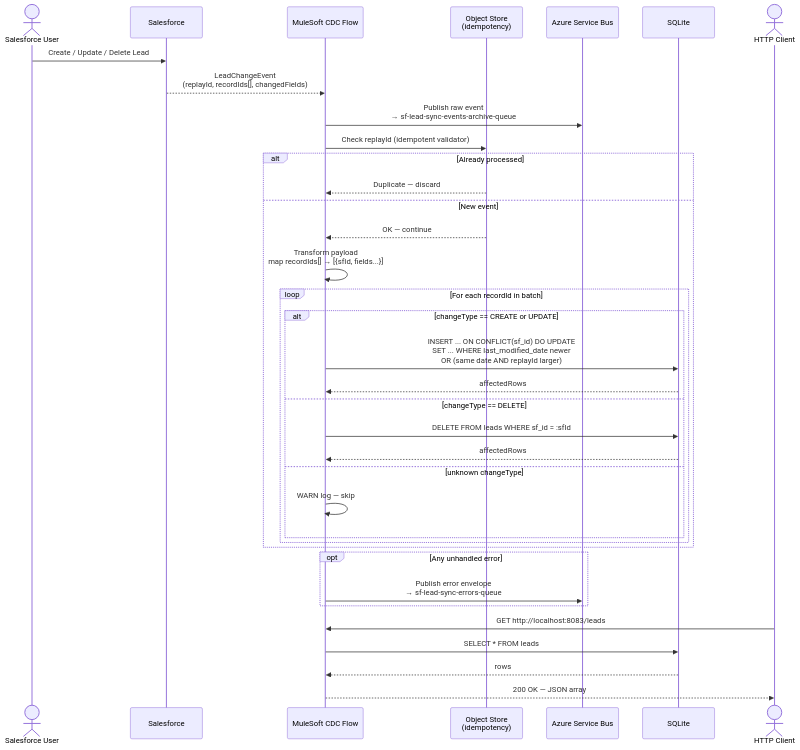
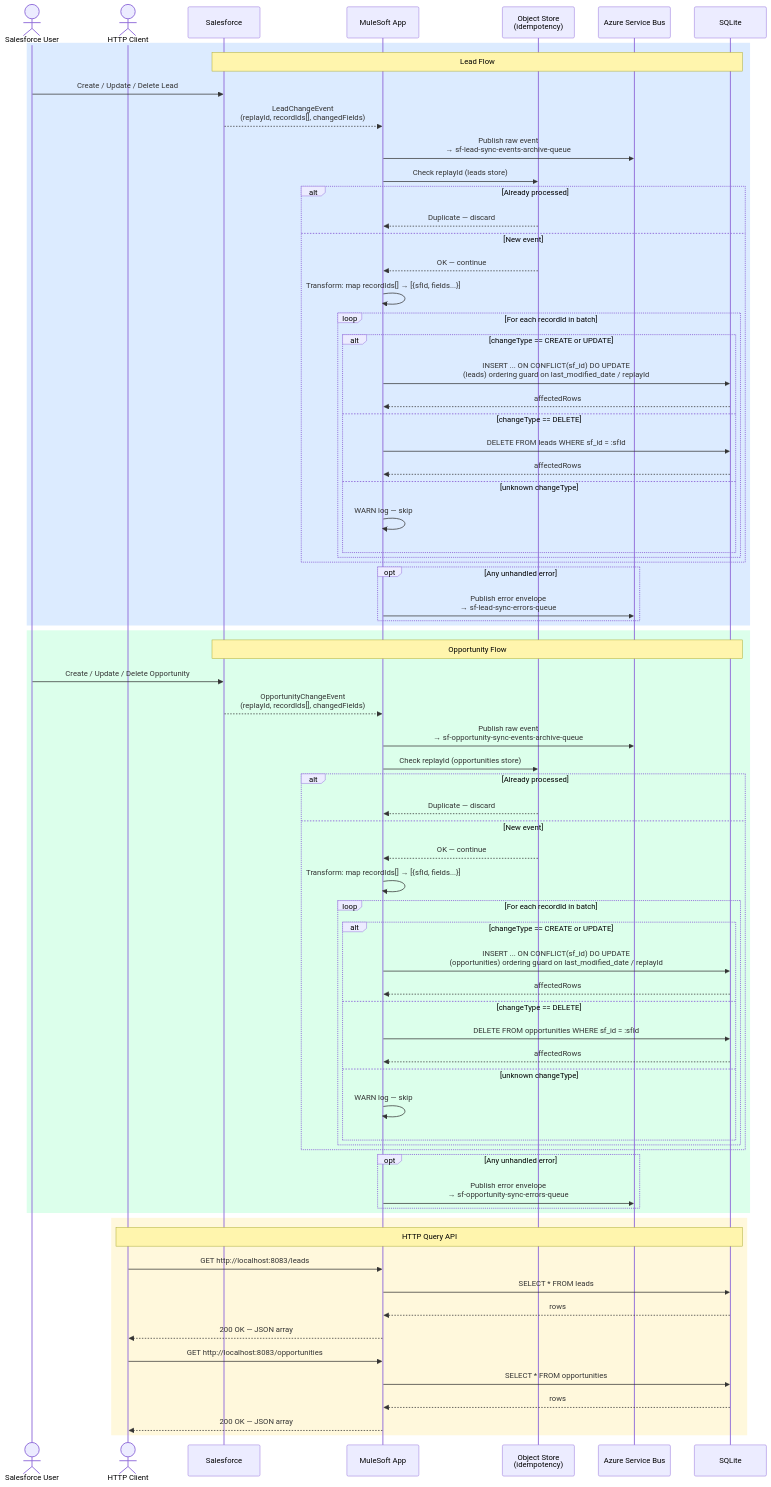
The diagram in exchange-docs/home.md (Jefferson1919/salesforce-cdc-opportunity-lead-poc), drawn with Mermaid before and after one commit. The commit also changed 1 other file, not shown here.

Commit message:
docs: expand sequence diagram to cover Opportunity CDC flow
Add Opportunity Flow section alongside Lead Flow, with dedicated rect
blocks for visual separation. Includes archive → idempotency check →
transform → foreach (upsert/delete/warn) → error queue steps mirroring
the Lead flow. Also adds HTTP Query API section showing both GET /leads
and GET /opportunities endpoints.

````diff
--- a/exchange-docs/home.md
+++ b/exchange-docs/home.md
@@ -64,46 +64,79 @@
 ```mermaid
 sequenceDiagram
-    actor User as Salesforce User
+    actor SFUser as Salesforce User
+    actor Client as HTTP Client
     participant SF  as Salesforce
-    participant ML  as MuleSoft CDC Flow
+    participant ML  as MuleSoft App
     participant OS  as Object Store<br/>(idempotency)
     participant ASB as Azure Service Bus
     participant DB  as SQLite
 
-    User->>SF: Create / Update / Delete Lead
-
-    SF-->>ML: LeadChangeEvent<br/>(replayId, recordIds[], changedFields)
-
-    ML->>ASB: Publish raw event<br/>→ sf-lead-sync-events-archive-queue
-
-    ML->>OS: Check replayId (idempotent validator)
-    alt Already processed
-        OS-->>ML: Duplicate — discard
-    else New event
-        OS-->>ML: OK — continue
-
-        ML->>ML: Transform payload<br/>map recordIds[] → [{sfId, fields...}]
-
-        loop For each recordId in batch
-            alt changeType == CREATE or UPDATE
-                ML->>DB: INSERT ... ON CONFLICT(sf_id) DO UPDATE<br/>SET ... WHERE last_modified_date newer<br/>OR (same date AND replayId larger)
-                DB-->>ML: affectedRows
-            else changeType == DELETE
-                ML->>DB: DELETE FROM leads WHERE sf_id = :sfId
-                DB-->>ML: affectedRows
-            else unknown changeType
-                ML->>ML: WARN log — skip
+    rect rgb(220, 235, 255)
+        Note over SF,DB: Lead Flow
+        SFUser->>SF: Create / Update / Delete Lead
+        SF-->>ML: LeadChangeEvent<br/>(replayId, recordIds[], changedFields)
+        ML->>ASB: Publish raw event<br/>→ sf-lead-sync-events-archive-queue
+        ML->>OS: Check replayId (leads store)
+        alt Already processed
+            OS-->>ML: Duplicate — discard
+        else New event
+            OS-->>ML: OK — continue
+            ML->>ML: Transform: map recordIds[] → [{sfId, fields...}]
+            loop For each recordId in batch
+                alt changeType == CREATE or UPDATE
+                    ML->>DB: INSERT ... ON CONFLICT(sf_id) DO UPDATE<br/>(leads) ordering guard on last_modified_date / replayId
+                    DB-->>ML: affectedRows
+                else changeType == DELETE
+                    ML->>DB: DELETE FROM leads WHERE sf_id = :sfId
+                    DB-->>ML: affectedRows
+                else unknown changeType
+                    ML->>ML: WARN log — skip
+                end
             end
+        end
+        opt Any unhandled error
+            ML->>ASB: Publish error envelope<br/>→ sf-lead-sync-errors-queue
         end
     end
 
-    opt Any unhandled error
-        ML->>ASB: Publish error envelope<br/>→ sf-lead-sync-errors-queue
+    rect rgb(220, 255, 235)
+        Note over SF,DB: Opportunity Flow
+        SFUser->>SF: Create / Update / Delete Opportunity
+        SF-->>ML: OpportunityChangeEvent<br/>(replayId, recordIds[], changedFields)
+        ML->>ASB: Publish raw event<br/>→ sf-opportunity-sync-events-archive-queue
+        ML->>OS: Check replayId (opportunities store)
+        alt Already processed
+            OS-->>ML: Duplicate — discard
+        else New event
+            OS-->>ML: OK — continue
+            ML->>ML: Transform: map recordIds[] → [{sfId, fields...}]
+            loop For each recordId in batch
+                alt changeType == CREATE or UPDATE
+                    ML->>DB: INSERT ... ON CONFLICT(sf_id) DO UPDATE<br/>(opportunities) ordering guard on last_modified_date / replayId
+                    DB-->>ML: affectedRows
+                else changeType == DELETE
+                    ML->>DB: DELETE FROM opportunities WHERE sf_id = :sfId
+                    DB-->>ML: affectedRows
+                else unknown changeType
+                    ML->>ML: WARN log — skip
+                end
+            end
+        end
+        opt Any unhandled error
+            ML->>ASB: Publish error envelope<br/>→ sf-opportunity-sync-errors-queue
+        end
     end
 
-    actor Client as HTTP Client
-    Client->>ML: GET http://localhost:8083/leads
-    ML->>DB: SELECT * FROM leads
-    DB-->>ML: rows
-    ML-->>Client: 200 OK — JSON array
+    rect rgb(255, 248, 220)
+        Note over Client,DB: HTTP Query API
+        Client->>ML: GET http://localhost:8083/leads
+        ML->>DB: SELECT * FROM leads
+        DB-->>ML: rows
+        ML-->>Client: 200 OK — JSON array
+
+        Client->>ML: GET http://localhost:8083/opportunities
+        ML->>DB: SELECT * FROM opportunities
+        DB-->>ML: rows
+        ML-->>Client: 200 OK — JSON array
+    end
 ```
````
